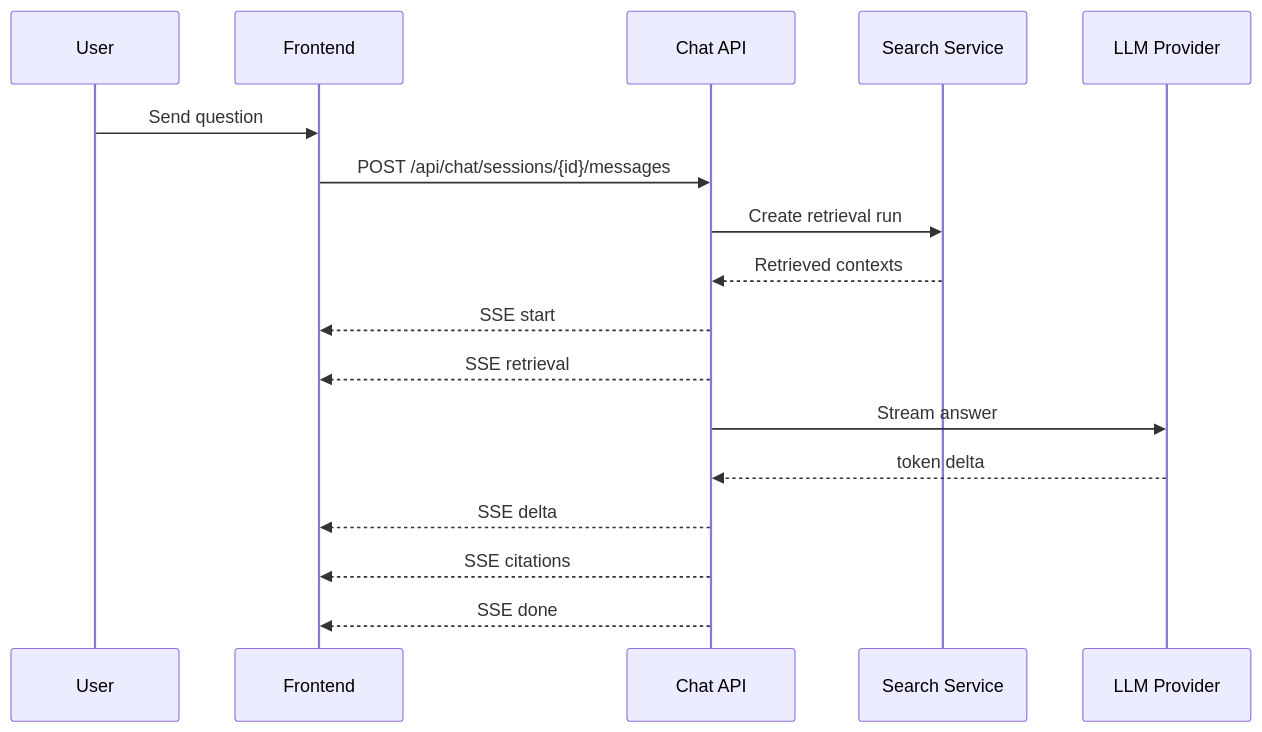
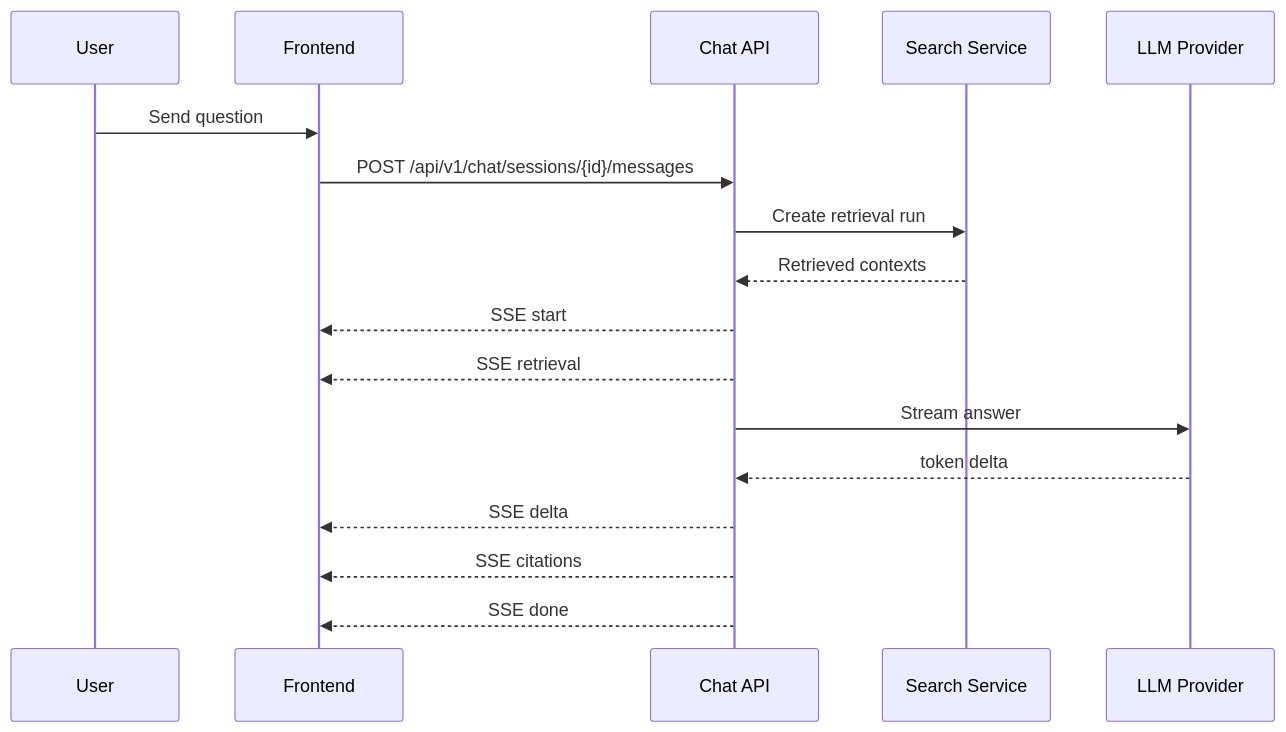
The fourth of 4 diagrams in docs/08-frontend-spec.md (LittleBlacky/KnowWeave), drawn with Mermaid before and after one commit. The commit also changed other lines of this file and 14 other files, not shown here.

````diff
--- a/docs/08-frontend-spec.md
+++ b/docs/08-frontend-spec.md
@@ -633,20 +633,20 @@
 ```mermaid
 sequenceDiagram
   participant U as User
   participant UI as Frontend
   participant Chat as Chat API
   participant Search as Search Service
   participant LLM as LLM Provider
 
   U->>UI: Send question
-  UI->>Chat: POST /api/chat/sessions/{id}/messages
+  UI->>Chat: POST /api/v1/chat/sessions/{id}/messages
   Chat->>Search: Create retrieval run
   Search-->>Chat: Retrieved contexts
   Chat-->>UI: SSE start
   Chat-->>UI: SSE retrieval
   Chat->>LLM: Stream answer
   LLM-->>Chat: token delta
   Chat-->>UI: SSE delta
   Chat-->>UI: SSE citations
   Chat-->>UI: SSE done
 ```
````
